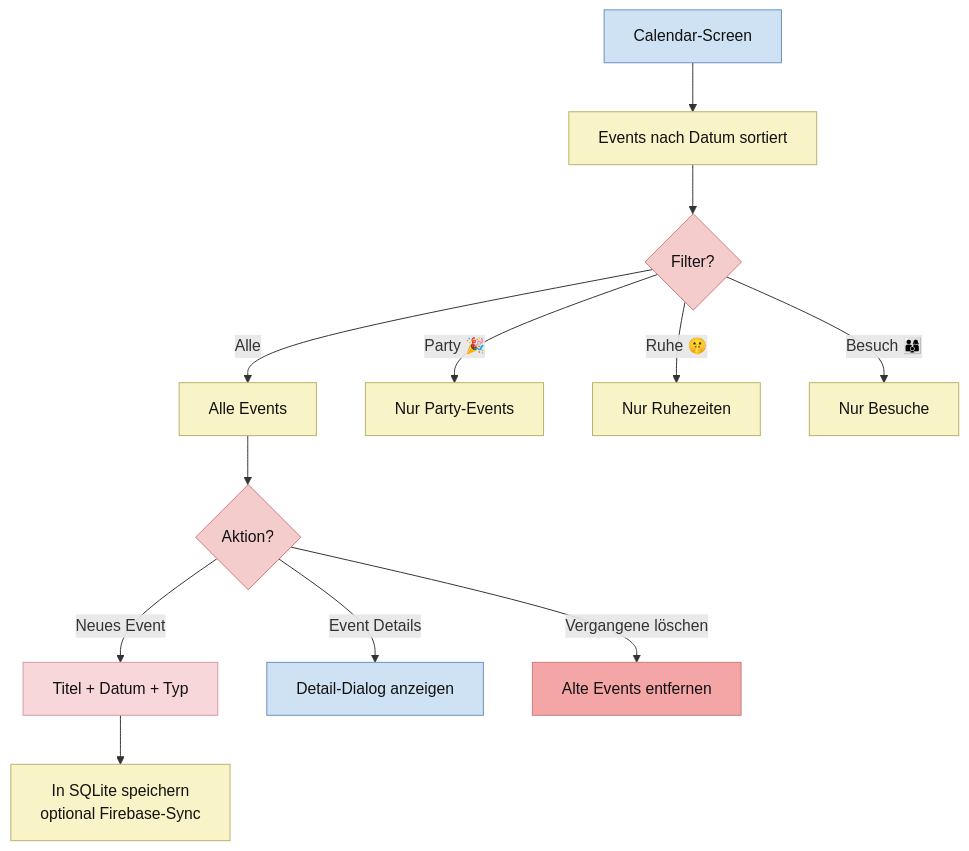
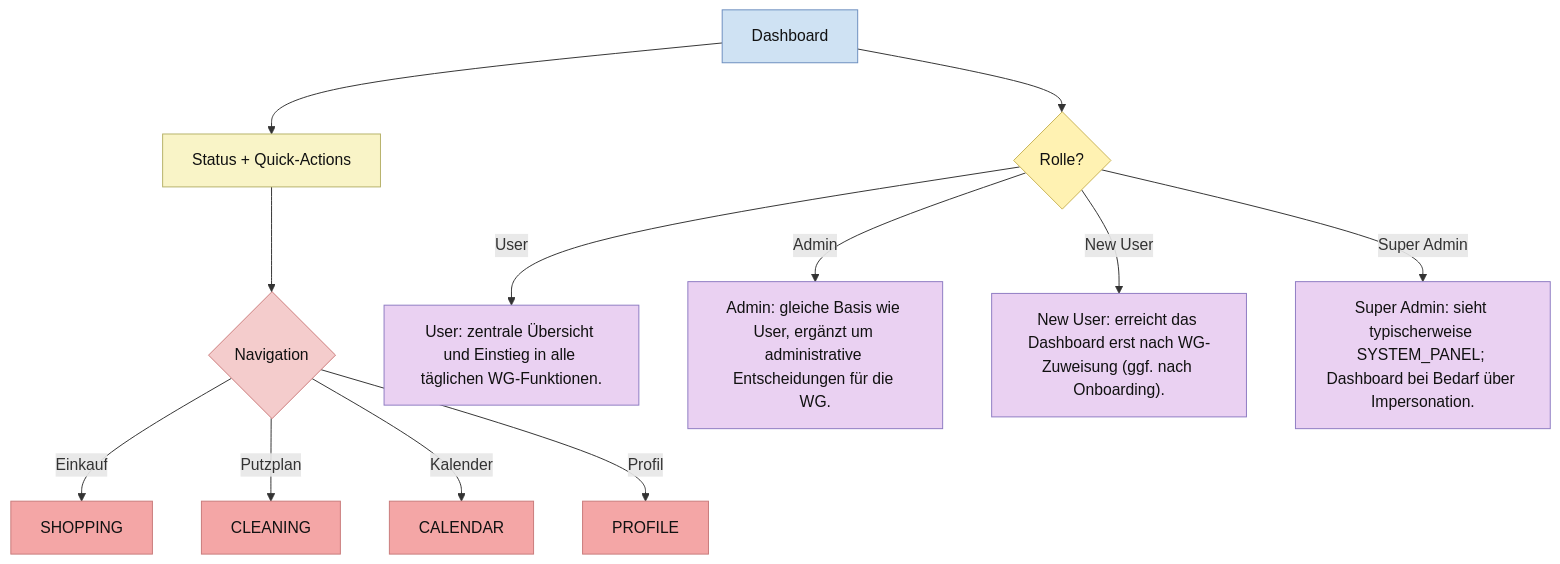
Before and after one commit to Nejy190501/WGManager: the tenth of 27 diagrams in ABLAUFDIAGRAMM.md, drawn with Mermaid. The commit also changed other lines of this file, not shown here.

````diff
--- a/ABLAUFDIAGRAMM.md
+++ b/ABLAUFDIAGRAMM.md
@@ -392,29 +537,35 @@
 ```mermaid
 flowchart TD
-    A["Calendar-Screen"] --> B["Events nach Datum sortiert"]
-    B --> C{"Filter?"}
-    C -->|Alle| D["Alle Events"]
-    C -->|Party 🎉| E["Nur Party-Events"]
-    C -->|Ruhe 🤫| F["Nur Ruhezeiten"]
-    C -->|Besuch 👨‍👩‍👦| G["Nur Besuche"]
-    
-    D --> H{"Aktion?"}
-    H -->|Neues Event| I["Titel + Datum + Typ"]
-    I --> J["In SQLite speichern<br/>optional Firebase-Sync"]
-    H -->|Event Details| K["Detail-Dialog anzeigen"]
-    H -->|Vergangene löschen| L["Alte Events entfernen"]
+    A["Dashboard"] --> B["Status + Quick-Actions"]
+    B --> C{"Navigation"}
+    C -->|Einkauf| D["SHOPPING"]
+    C -->|Putzplan| E["CLEANING"]
+    C -->|Kalender| F["CALENDAR"]
+    C -->|Profil| G["PROFILE"]
+
+
+    A --> RLQ{"Rolle?"}
+    RLU["User: zentrale Übersicht und Einstieg in alle täglichen WG-Funktionen."]
+    RLA["Admin: gleiche Basis wie User, ergänzt um administrative Entscheidungen für die WG."]
+    RLN["New User: erreicht das Dashboard erst nach WG-Zuweisung (ggf. nach Onboarding)."]
+    RLS["Super Admin: sieht typischerweise SYSTEM_PANEL; Dashboard bei Bedarf über Impersonation."]
+    RLQ -->|User| RLU
+    RLQ -->|Admin| RLA
+    RLQ -->|New User| RLN
+    RLQ -->|Super Admin| RLS
 
     classDef userAction fill:#ead1f2,stroke:#8e7cc3,color:#111;
     classDef systemAction fill:#f9f4c7,stroke:#b7b26a,color:#111;
     classDef userDecision fill:#f4cccc,stroke:#cc7a7a,color:#111;
     classDef systemDecision fill:#fff2b2,stroke:#c9b458,color:#111;
     classDef button fill:#f4a6a6,stroke:#c97b7b,color:#111;
     classDef userInput fill:#f8d7da,stroke:#d49aa2,color:#111;
     classDef screen fill:#cfe2f3,stroke:#6c8ebf,color:#111;
 
-    class B,D,E,F,G,J systemAction;
-    class C,H userDecision;
-    class L button;
-    class I userInput;
-    class A,K screen;
+    class B systemAction;
+    class C userDecision;
+    class D,E,F,G button;
+    class A screen;
+    class RLQ systemDecision;
+    class RLU,RLA,RLN,RLS userAction;
 ```
````
